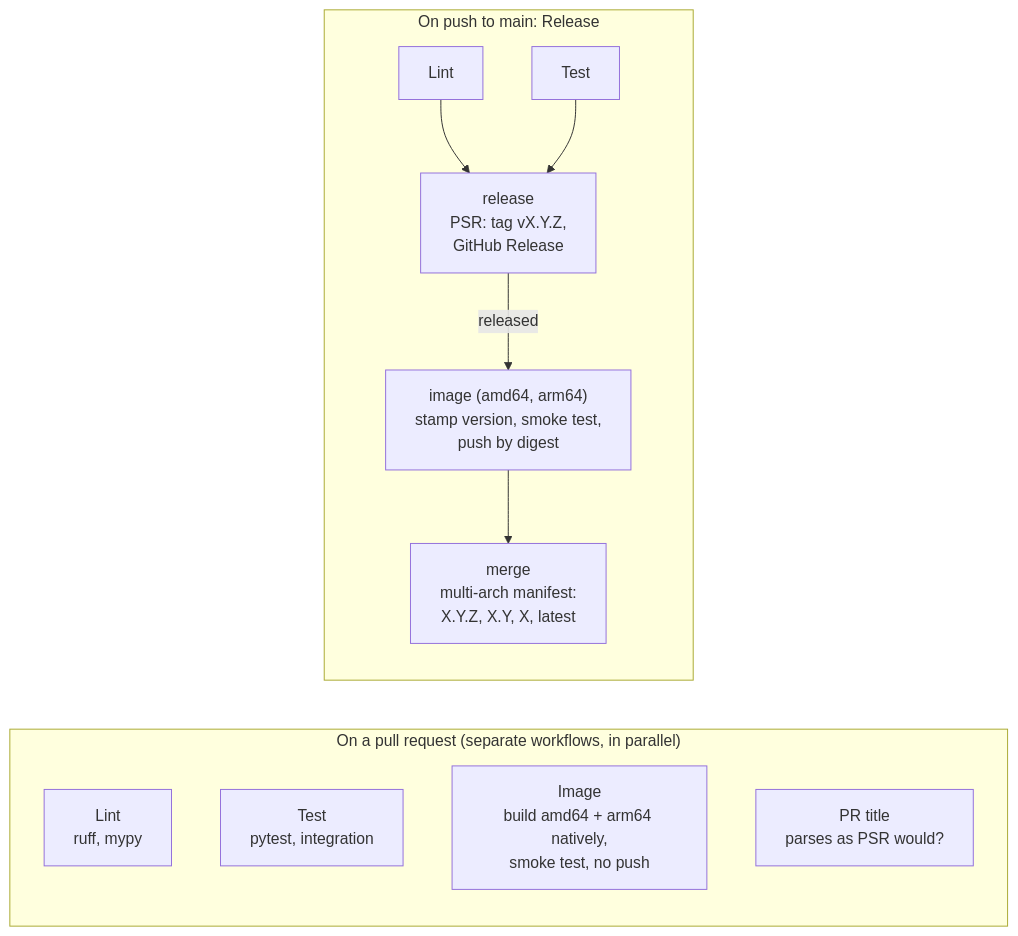
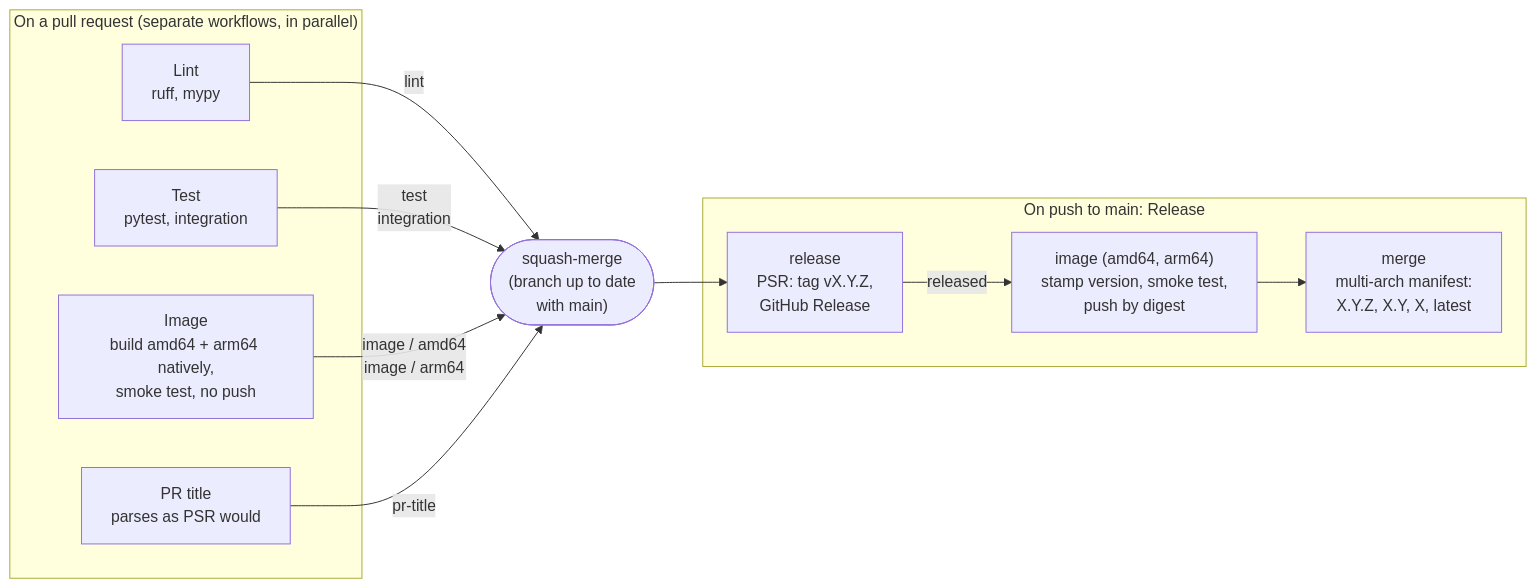
The diagram in CONTRIBUTING.md (icooper/oiltank), drawn with Mermaid before and after one commit. The commit also changed other lines of this file and 4 other files, not shown here.

````diff
--- a/CONTRIBUTING.md
+++ b/CONTRIBUTING.md
@@ -147,15 +157,18 @@
 ```mermaid
 flowchart LR
     subgraph pr ["On a pull request (separate workflows, in parallel)"]
         lint["Lint<br/>ruff, mypy"]
         test["Test<br/>pytest, integration"]
         img["Image<br/>build amd64 + arm64 natively,<br/>smoke test, no push"]
-        title["PR title<br/>parses as PSR would?"]
+        title["PR title<br/>parses as PSR would"]
     end
+    lint -->|lint| gate
+    test -->|"test<br/>integration"| gate
+    img -->|"image / amd64<br/>image / arm64"| gate
+    title -->|pr-title| gate
+    gate(["squash-merge<br/>(branch up to date<br/>with main)"]) --> rel
     subgraph main ["On push to main: Release"]
-        l2["Lint"] --> rel
-        t2["Test"] --> rel
         rel["release<br/>PSR: tag vX.Y.Z,<br/>GitHub Release"] -->|released| build["image (amd64, arm64)<br/>stamp version, smoke test,<br/>push by digest"]
         build --> merge["merge<br/>multi-arch manifest:<br/>X.Y.Z, X.Y, X, latest"]
     end
 ```
````
